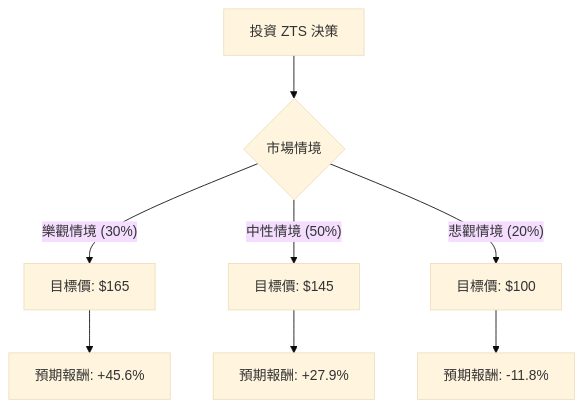
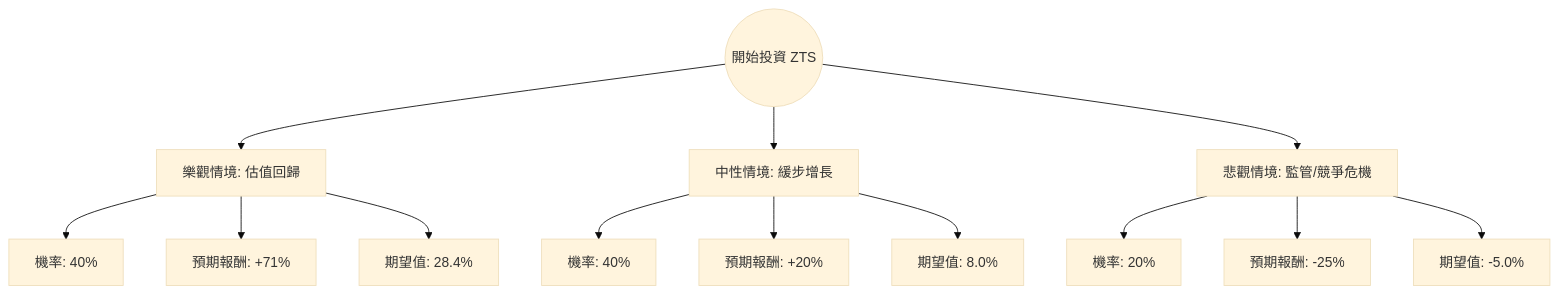
The diagram in plugin-react/ai-analysis/ev-analysis/ZTS.md (zmcx16/zmcx16.github.io), drawn with Mermaid (base theme) before and after one commit. The commit also changed other lines of this file and 81 other files, not shown here.

````diff
--- a/plugin-react/ai-analysis/ev-analysis/ZTS.md
+++ b/plugin-react/ai-analysis/ev-analysis/ZTS.md
@@ -19,12 +16,18 @@
 ```mermaid
 graph TD
-    A[投資 ZTS 決策] --> B{市場情境}
-    
-    B -- 樂觀情境 (30%) --> C[目標價: $165]
-    B -- 中性情境 (50%) --> D[目標價: $145]
-    B -- 悲觀情境 (20%) --> E[目標價: $100]
+    Start((開始投資 ZTS)) --> Bull[樂觀情境: 估值回歸]
+    Start --> Base[中性情境: 緩步增長]
+    Start --> Bear[悲觀情境: 監管/競爭危機]
 
-    C --> C1[預期報酬: +45.6%]
-    D --> D1[預期報酬: +27.9%]
-    E --> E1[預期報酬: -11.8%]
+    Bull --> Bull_P[機率: 40%]
+    Bull --> Bull_R[預期報酬: +71%]
+    Bull --> Bull_EV[期望值: 28.4%]
+
+    Base --> Base_P[機率: 40%]
+    Base --> Base_R[預期報酬: +20%]
+    Base --> Base_EV[期望值: 8.0%]
+
+    Bear --> Bear_P[機率: 20%]
+    Bear --> Bear_R[預期報酬: -25%]
+    Bear --> Bear_EV[期望值: -5.0%]
 ```
````
